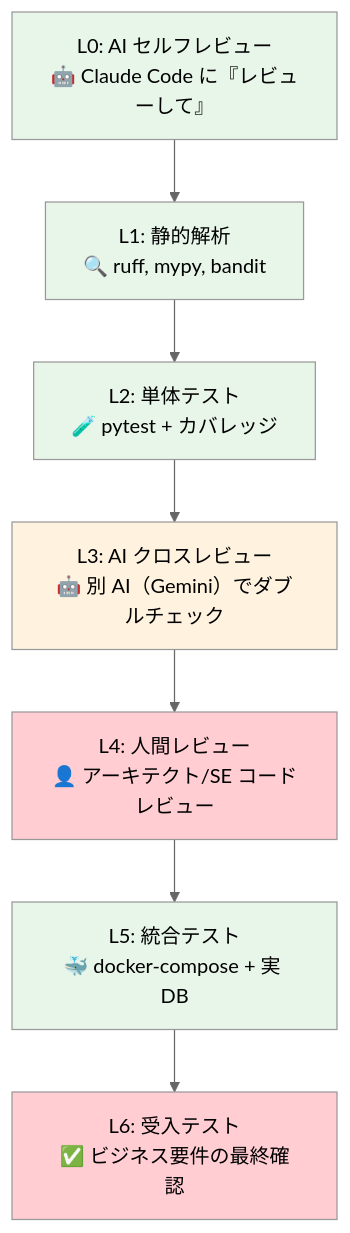
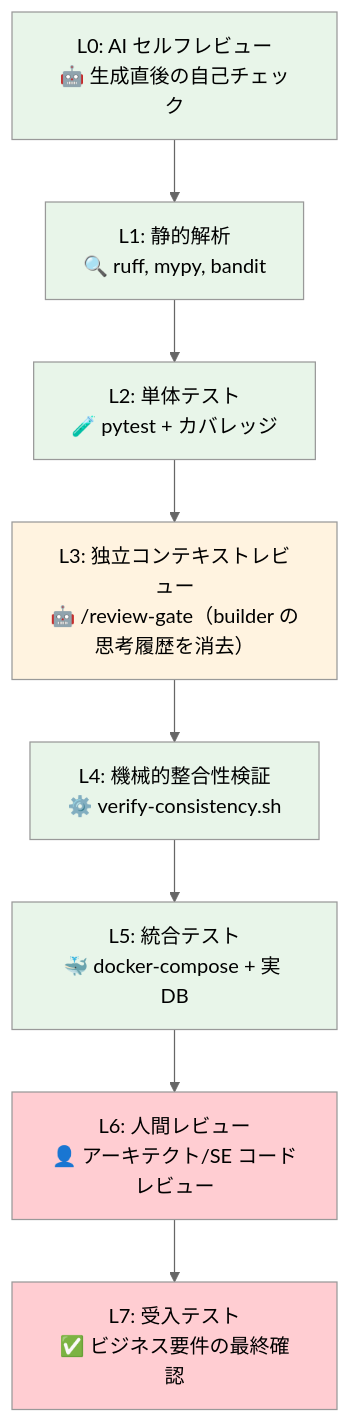
The first of 2 diagrams in workshop-real/04-quality-and-delivery/README.md (tyorikan/migration-with-ai), drawn with Mermaid (neutral theme) before and after one commit. The commit also changed other lines of this file and 6 other files, not shown here.

````diff
--- a/workshop-real/04-quality-and-delivery/README.md
+++ b/workshop-real/04-quality-and-delivery/README.md
@@ -54,20 +74,22 @@
 ```mermaid
 graph TD
-    L0["L0: AI セルフレビュー<br/>🤖 Claude Code に『レビューして』"]
+    L0["L0: AI セルフレビュー<br/>🤖 生成直後の自己チェック"]
     L1["L1: 静的解析<br/>🔍 ruff, mypy, bandit"]
     L2["L2: 単体テスト<br/>🧪 pytest + カバレッジ"]
-    L3["L3: AI クロスレビュー<br/>🤖 別 AI（Gemini）でダブルチェック"]
-    L4["L4: 人間レビュー<br/>👤 アーキテクト/SE コードレビュー"]
+    L3["L3: 独立コンテキストレビュー<br/>🤖 /review-gate（builder の思考履歴を消去）"]
+    L4["L4: 機械的整合性検証<br/>⚙️ verify-consistency.sh"]
     L5["L5: 統合テスト<br/>🐳 docker-compose + 実 DB"]
-    L6["L6: 受入テスト<br/>✅ ビジネス要件の最終確認"]
+    L6["L6: 人間レビュー<br/>👤 アーキテクト/SE コードレビュー"]
+    L7["L7: 受入テスト<br/>✅ ビジネス要件の最終確認"]
 
-    L0 --> L1 --> L2 --> L3 --> L4 --> L5 --> L6
+    L0 --> L1 --> L2 --> L3 --> L4 --> L5 --> L6 --> L7
 
     style L0 fill:#E8F5E9
     style L1 fill:#E8F5E9
     style L2 fill:#E8F5E9
     style L3 fill:#FFF3E0
-    style L4 fill:#FFCDD2
+    style L4 fill:#E8F5E9
     style L5 fill:#E8F5E9
     style L6 fill:#FFCDD2
+    style L7 fill:#FFCDD2
 ```
````
